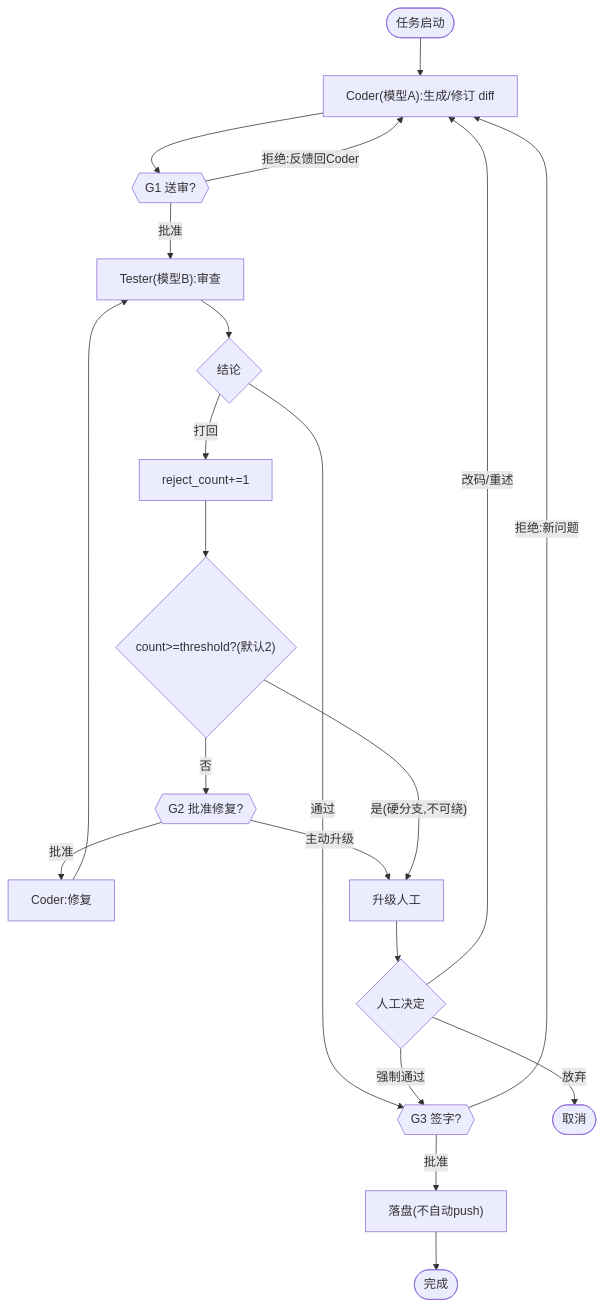
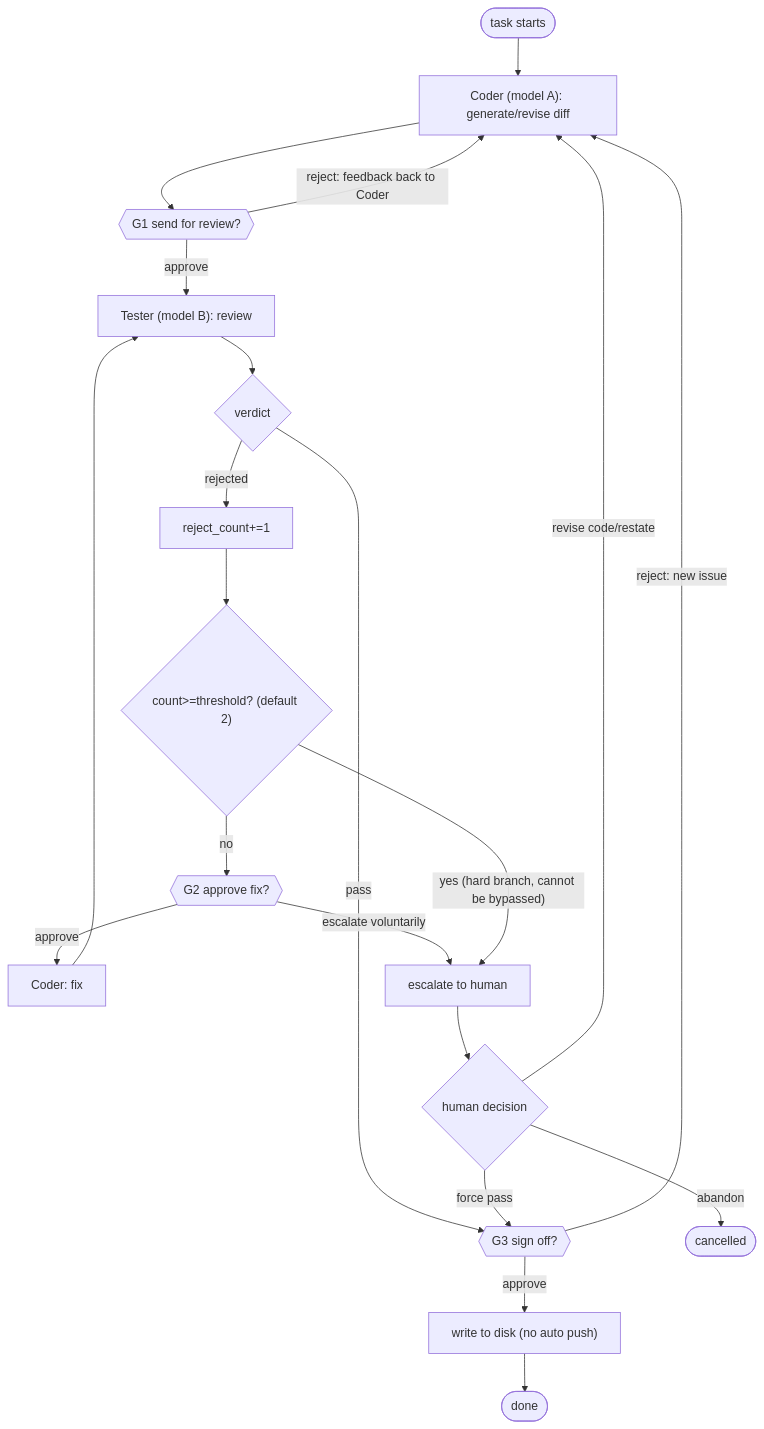
The fifth of 6 diagrams in docs/DESIGN.md (elishawong/aeloop), drawn with Mermaid before and after one commit. The commit also changed other lines of this file and 84 other files, not shown here.

````diff
--- a/docs/DESIGN.md
+++ b/docs/DESIGN.md
@@ -222,21 +222,21 @@
 ```mermaid
 flowchart TD
-    Start(["任务启动"])-->Draft["Coder(模型A):生成/修订 diff"]
-    Draft-->G1{{"G1 送审?"}}
-    G1-- 拒绝:反馈回Coder -->Draft
-    G1-- 批准 -->Review["Tester(模型B):审查"]
-    Review-->V{"结论"}
-    V-- 通过 -->G3{{"G3 签字?"}}
-    G3-- 拒绝:新问题 -->Draft
-    G3-- 批准 -->Apply["落盘(不自动push)"]-->End(["完成"])
-    V-- 打回 -->Inc["reject_count+=1"]
-    Inc-->T{"count>=threshold?(默认2)"}
-    T-- 否 -->G2{{"G2 批准修复?"}}
-    G2-- 批准 -->Fix["Coder:修复"]-->Review
-    G2-- 主动升级 -->Esc
-    T-- "是(硬分支,不可绕) " -->Esc["升级人工"]
-    Esc-->HD{"人工决定"}
-    HD-- 改码/重述 -->Draft
-    HD-- 强制通过 -->G3
-    HD-- 放弃 -->Cancel(["取消"])
+    Start(["task starts"])-->Draft["Coder (model A): generate/revise diff"]
+    Draft-->G1{{"G1 send for review?"}}
+    G1-- reject: feedback back to Coder -->Draft
+    G1-- approve -->Review["Tester (model B): review"]
+    Review-->V{"verdict"}
+    V-- pass -->G3{{"G3 sign off?"}}
+    G3-- reject: new issue -->Draft
+    G3-- approve -->Apply["write to disk (no auto push)"]-->End(["done"])
+    V-- rejected -->Inc["reject_count+=1"]
+    Inc-->T{"count>=threshold? (default 2)"}
+    T-- no -->G2{{"G2 approve fix?"}}
+    G2-- approve -->Fix["Coder: fix"]-->Review
+    G2-- escalate voluntarily -->Esc
+    T-- "yes (hard branch, cannot be bypassed)" -->Esc["escalate to human"]
+    Esc-->HD{"human decision"}
+    HD-- revise code/restate -->Draft
+    HD-- force pass -->G3
+    HD-- abandon -->Cancel(["cancelled"])
 ```
````
